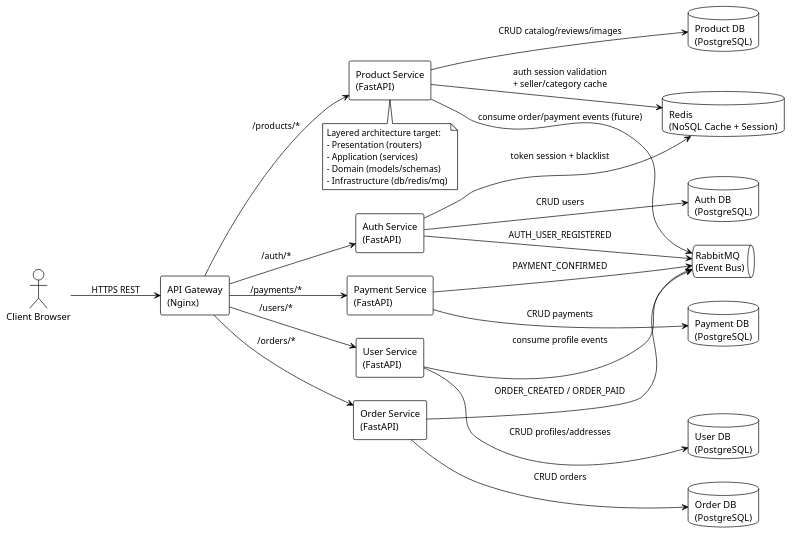
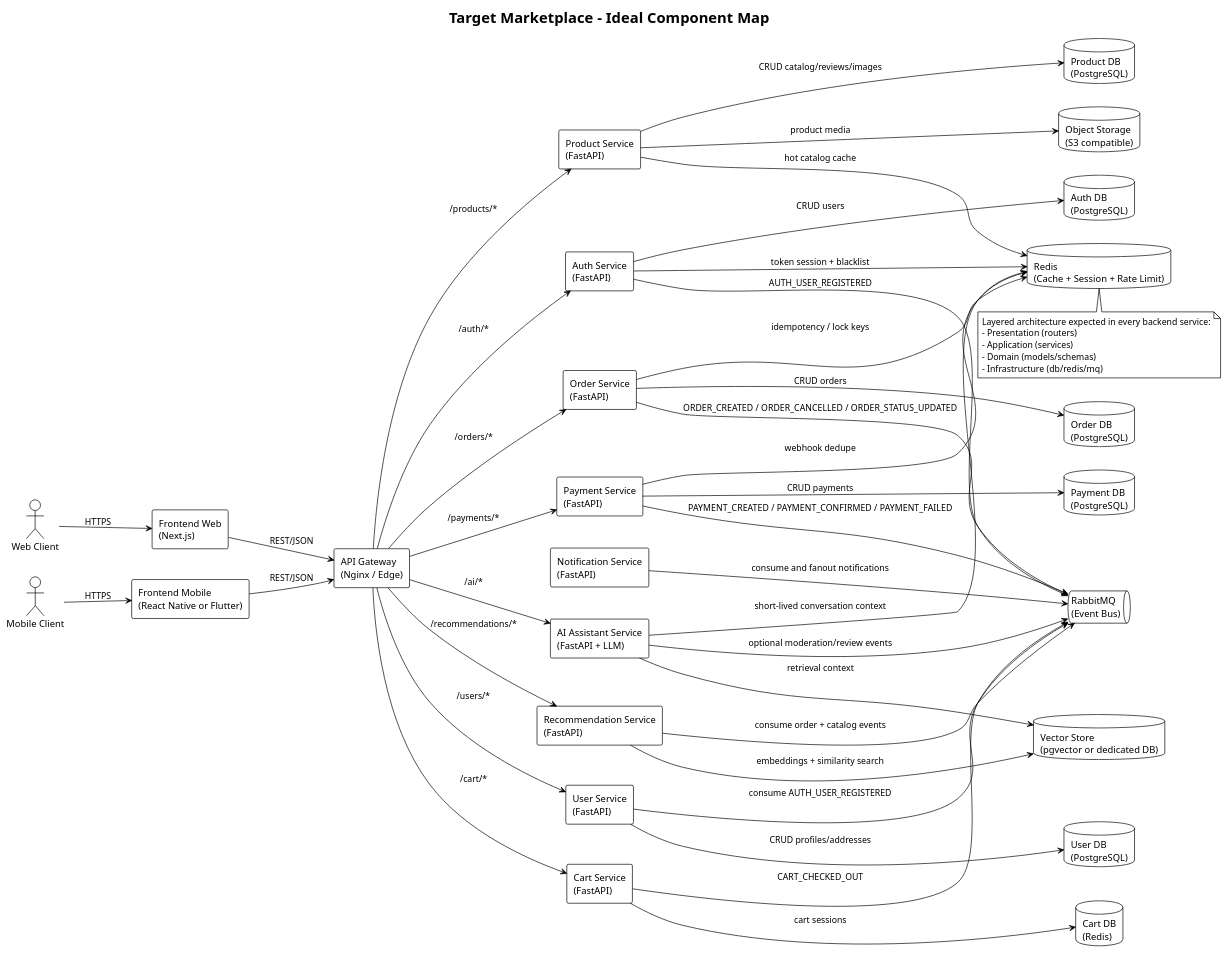
One commit to jpastor1649/ecommerce-project changed the diagram in docs/architecture/Component_Marketplace_Target.puml. Above: the diagram before and after it, drawn with PlantUML. The commit also changed 11 other files, not shown here.

Commit message:
updated docs with diagrams

```diff
--- a/docs/architecture/Component_Marketplace_Target.puml
+++ b/docs/architecture/Component_Marketplace_Target.puml
@@ -1,55 +1,83 @@
 @startuml
 !theme plain
 skinparam componentStyle rectangle
 skinparam shadowing false
 left to right direction
 
-actor "Client Browser" as Browser
-component "API Gateway\n(Nginx)" as Gateway
+title Target Marketplace - Ideal Component Map
+
+actor "Web Client" as Browser
+actor "Mobile Client" as Mobile
+component "API Gateway\n(Nginx / Edge)" as Gateway
+component "Frontend Web\n(Next.js)" as Web
+component "Frontend Mobile\n(React Native or Flutter)" as App
 
 component "Auth Service\n(FastAPI)" as Auth
 component "User Service\n(FastAPI)" as User
 component "Product Service\n(FastAPI)" as Product
 component "Order Service\n(FastAPI)" as Order
 component "Payment Service\n(FastAPI)" as Payment
+component "Cart Service\n(FastAPI)" as Cart
+component "Recommendation Service\n(FastAPI)" as Reco
+component "AI Assistant Service\n(FastAPI + LLM)" as AI
+component "Notification Service\n(FastAPI)" as Notify
 
 database "Auth DB\n(PostgreSQL)" as AuthDB
 database "User DB\n(PostgreSQL)" as UserDB
 database "Product DB\n(PostgreSQL)" as ProductDB
 database "Order DB\n(PostgreSQL)" as OrderDB
 database "Payment DB\n(PostgreSQL)" as PaymentDB
+database "Cart DB\n(Redis)" as CartDB
+database "Vector Store\n(pgvector or dedicated DB)" as VectorDB
+database "Object Storage\n(S3 compatible)" as ObjectStore
 
 queue "RabbitMQ\n(Event Bus)" as MQ
-database "Redis\n(NoSQL Cache + Session)" as Redis
+database "Redis\n(Cache + Session + Rate Limit)" as Redis
 
-Browser --> Gateway : HTTPS REST
+Browser --> Web : HTTPS
+Mobile --> App : HTTPS
+Web --> Gateway : REST/JSON
+App --> Gateway : REST/JSON
 
 Gateway --> Auth : /auth/*
 Gateway --> User : /users/*
 Gateway --> Product : /products/*
 Gateway --> Order : /orders/*
 Gateway --> Payment : /payments/*
+Gateway --> Cart : /cart/*
+Gateway --> AI : /ai/*
+Gateway --> Reco : /recommendations/*
 
 Auth --> AuthDB : CRUD users
 User --> UserDB : CRUD profiles/addresses
 Product --> ProductDB : CRUD catalog/reviews/images
 Order --> OrderDB : CRUD orders
 Payment --> PaymentDB : CRUD payments
+Cart --> CartDB : cart sessions
+Product --> ObjectStore : product media
+Reco --> VectorDB : embeddings + similarity search
+AI --> VectorDB : retrieval context
 
 Auth --> Redis : token session + blacklist
-Product --> Redis : auth session validation\n+ seller/category cache
+Product --> Redis : hot catalog cache
+Order --> Redis : idempotency / lock keys
+Payment --> Redis : webhook dedupe
+AI --> Redis : short-lived conversation context
 
 Auth --> MQ : AUTH_USER_REGISTERED
-Order --> MQ : ORDER_CREATED / ORDER_PAID
-Payment --> MQ : PAYMENT_CONFIRMED
-User --> MQ : consume profile events
-Product --> MQ : consume order/payment events (future)
+Cart --> MQ : CART_CHECKED_OUT
+Order --> MQ : ORDER_CREATED / ORDER_CANCELLED / ORDER_STATUS_UPDATED
+Payment --> MQ : PAYMENT_CREATED / PAYMENT_CONFIRMED / PAYMENT_FAILED
+Notify --> MQ : consume and fanout notifications
+User --> MQ : consume AUTH_USER_REGISTERED
+Reco --> MQ : consume order + catalog events
+AI --> MQ : optional moderation/review events
 
-note bottom of Product
-Layered architecture target:
+note bottom
+Layered architecture expected in every backend service:
 - Presentation (routers)
 - Application (services)
 - Domain (models/schemas)
 - Infrastructure (db/redis/mq)
 end note
 @enduml
```
